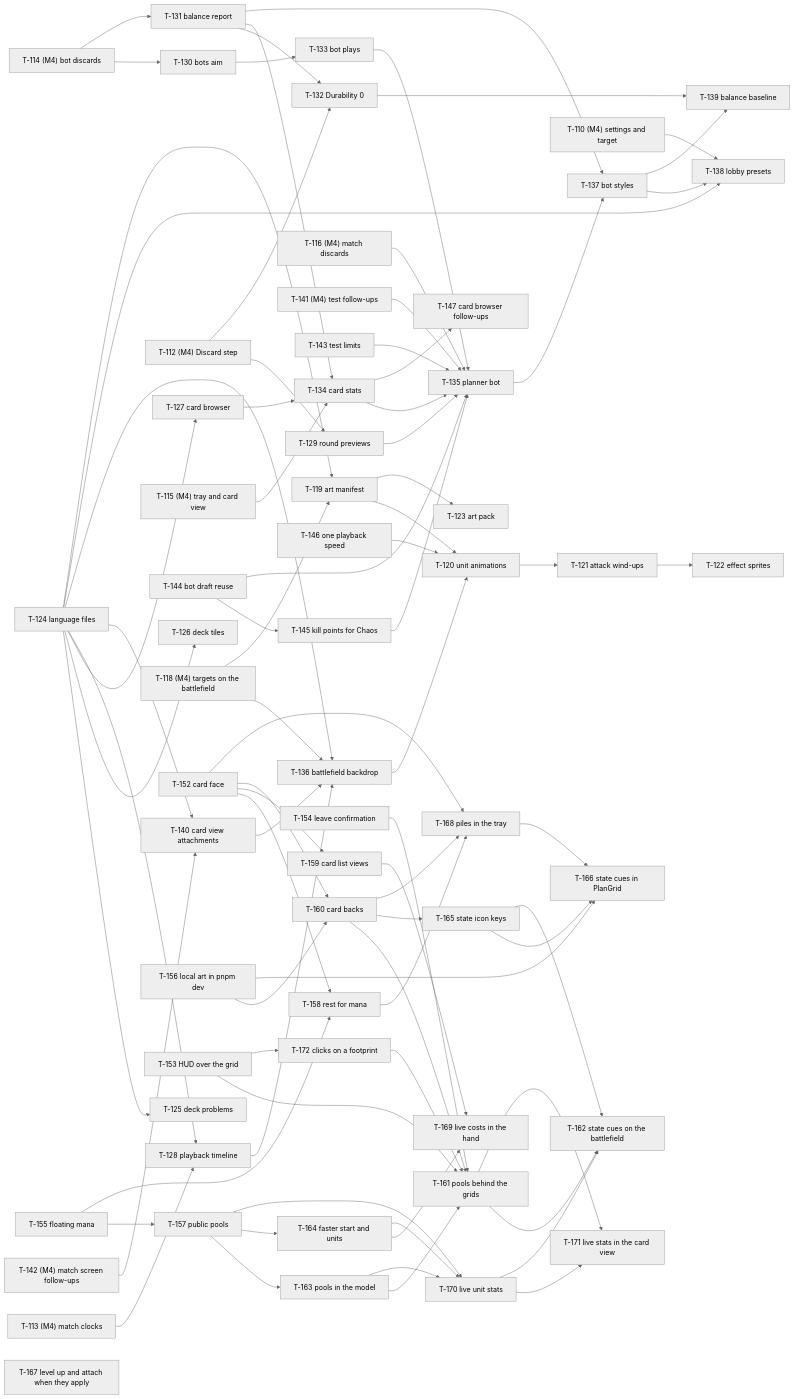
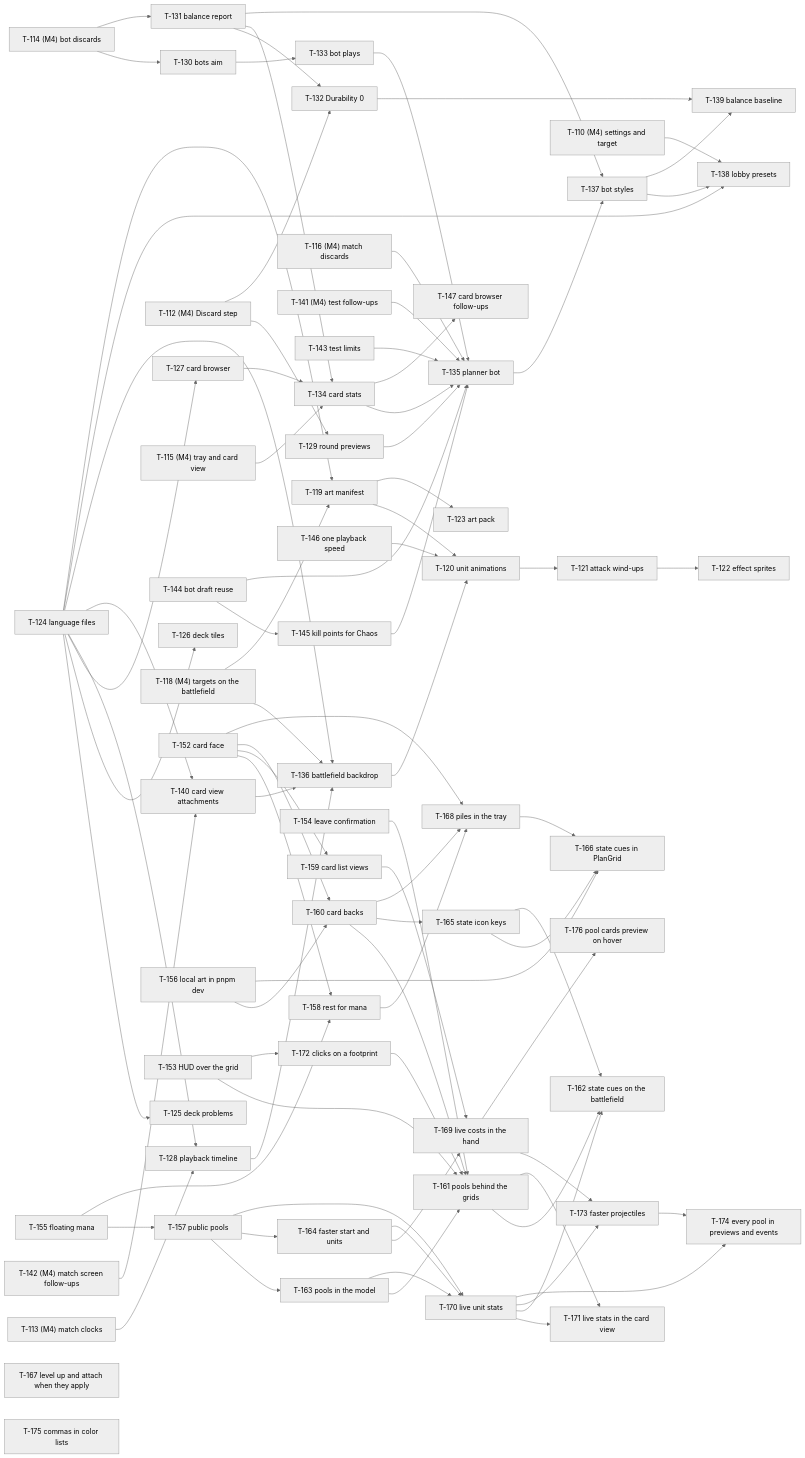
Before and after one commit to fringlesinthestreet/chaosgrid-docs: the sixth of 6 diagrams in docs/tasks/README.md, drawn with Mermaid (neutral theme). The commit also changed other lines of this file and 6 other files, not shown here.

````diff
--- a/docs/tasks/README.md
+++ b/docs/tasks/README.md
@@ -540,4 +541,10 @@
   T170 --> T171
   T165 --> T162
   T170 --> T162
+  T169 --> T173["T-173 faster projectiles"]
+  T170 --> T173
+  T170 --> T174["T-174 every pool in previews and events"]
+  T173 --> T174
+  T175["T-175 commas in color lists"]
+  T169 --> T176["T-176 pool cards preview on hover"]
 ```
````
